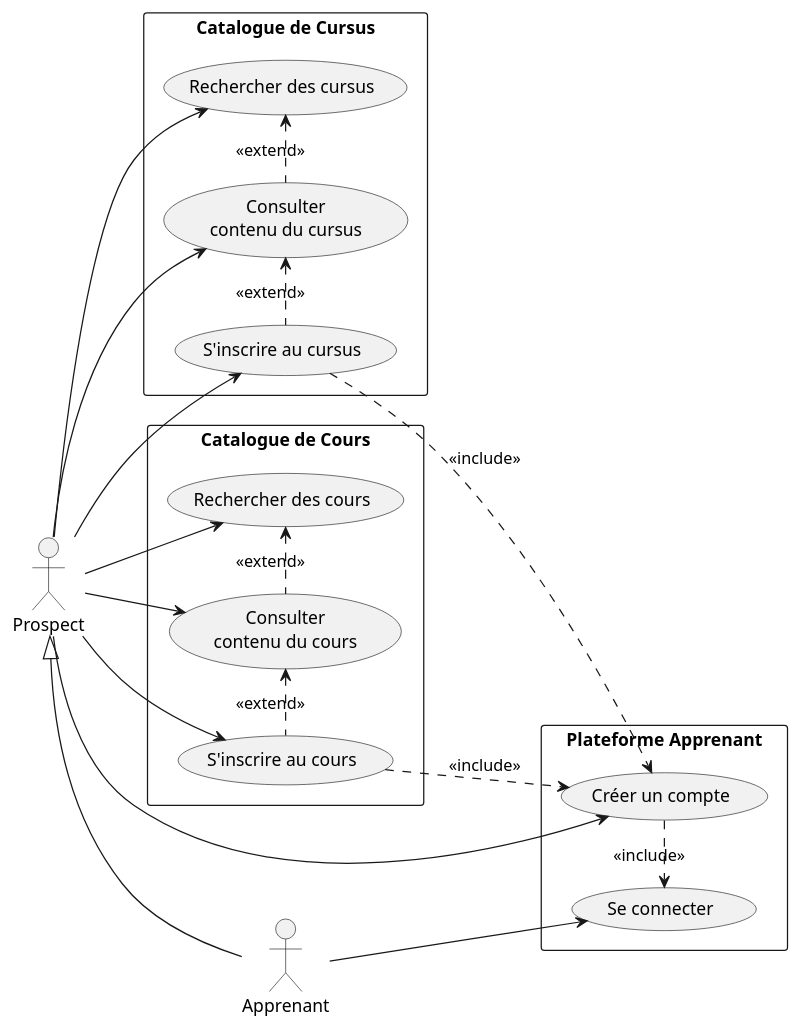
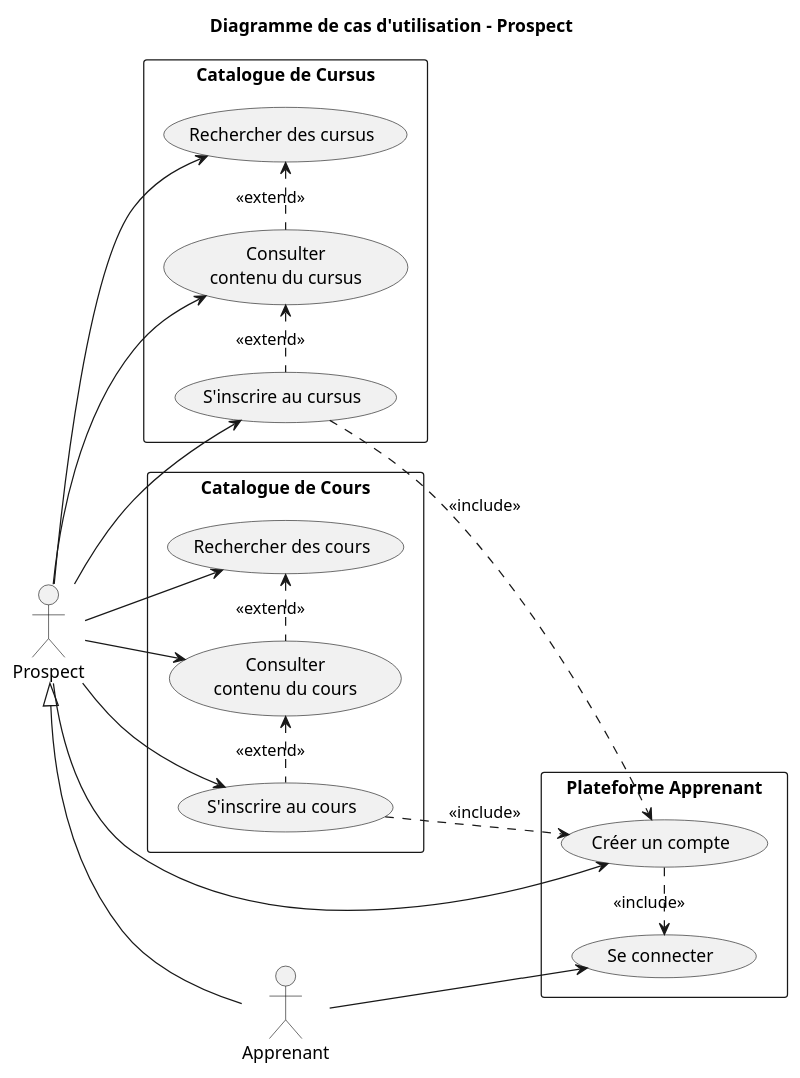
One commit to sebcourtois/cda-tunis-formation changed the diagram in conception/cas_utilisation_prospect.puml. Above: the diagram before and after it, drawn with PlantUML. The commit also changed 19 other files, not shown here.

Commit message:
ajout du usecase du formateur et de quelques diagramme de sequence et modification du mcd et mld

```diff
--- a/conception/cas_utilisation_prospect.puml
+++ b/conception/cas_utilisation_prospect.puml
@@ -1,46 +1,47 @@
-@startuml
+@startuml cas d'utilisation prospect
+title Diagramme de cas d'utilisation - Prospect
 left to right direction
 actor "Prospect" as prospect
 actor "Apprenant" as learner
 
 prospect <|-down- learner
 
 rectangle "Catalogue de Cursus" {
   usecase "Rechercher des cursus" as searchCursus
   usecase "Consulter\ncontenu du cursus" as viewCursus
   usecase "S'inscrire au cursus" as registerCursus
 }
 
 prospect --> searchCursus
 prospect --> viewCursus
 prospect --> registerCursus
 
 searchCursus <. viewCursus: <<extend>>
 viewCursus <. registerCursus: <<extend>>
 
 rectangle "Catalogue de Cours" {
   usecase "Rechercher des cours" as searchLesson
   usecase "Consulter\ncontenu du cours" as viewLesson
   usecase "S'inscrire au cours" as registerLesson
 }
 
 prospect --> searchLesson
 prospect --> viewLesson
 prospect --> registerLesson
 
 searchLesson <. viewLesson: <<extend>>
 viewLesson <. registerLesson: <<extend>>
 
 rectangle "Plateforme Apprenant" {
   usecase "Créer un compte" as signUp
   usecase "Se connecter" as logIn
 }
 
 prospect --> signUp
 learner --> logIn
 
 registerCursus ..> signUp: <<include>>
 registerLesson ..> signUp: <<include>>
 signUp .> logIn: <<include>>
 
 @enduml
```
